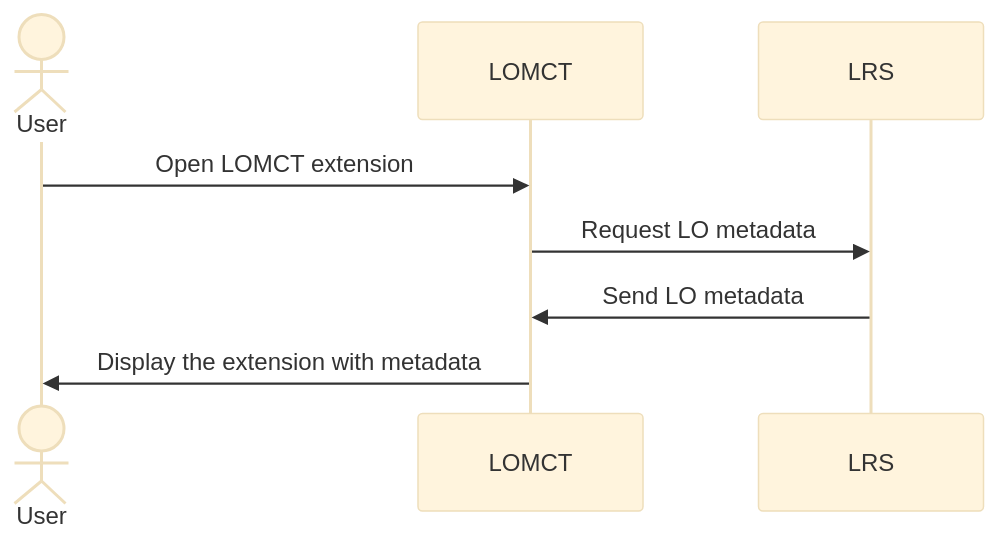
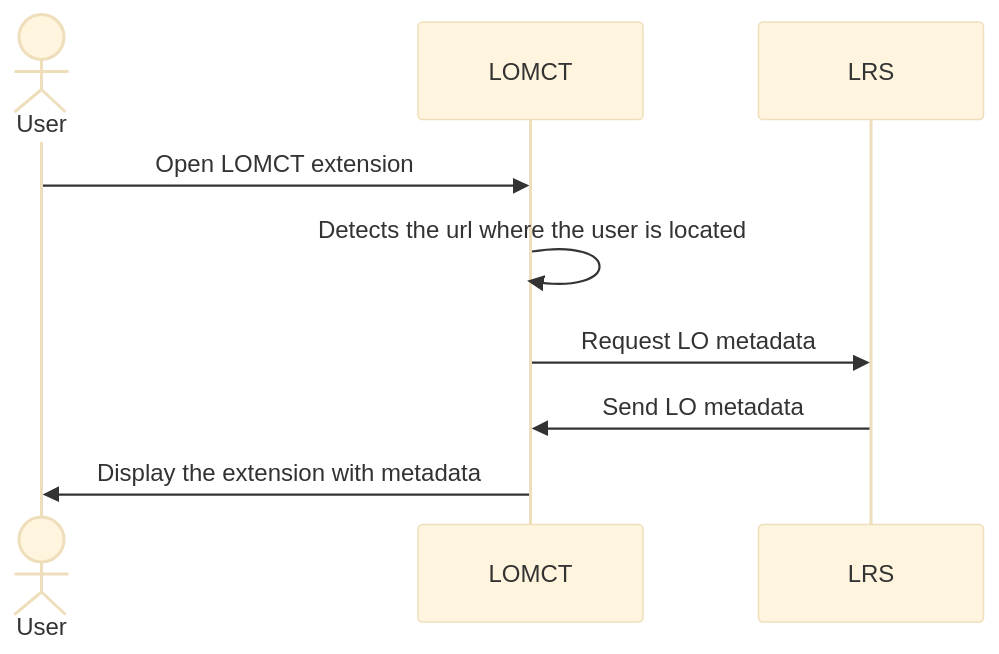
One commit to Prometheus-X-association/lomct changed the second of 3 diagrams in docs/design-document.md. Above: the diagram before and after it, drawn with Mermaid (base theme). The commit also changed other lines of this file, not shown here.

First line of the commit message:
Issue 11 : D3.1 Check - Architecture

````diff
--- a/docs/design-document.md
+++ b/docs/design-document.md
@@ -586,8 +537,9 @@
 ```mermaid
 sequenceDiagram
    actor User as User
    User->>LOMCT: Open LOMCT extension
+   LOMCT->>LOMCT: Detects the url where the user is located
    LOMCT->>LRS: Request LO metadata
    LRS->>LOMCT: Send LO metadata
    LOMCT->>User: Display the extension with metadata
 ```
````
